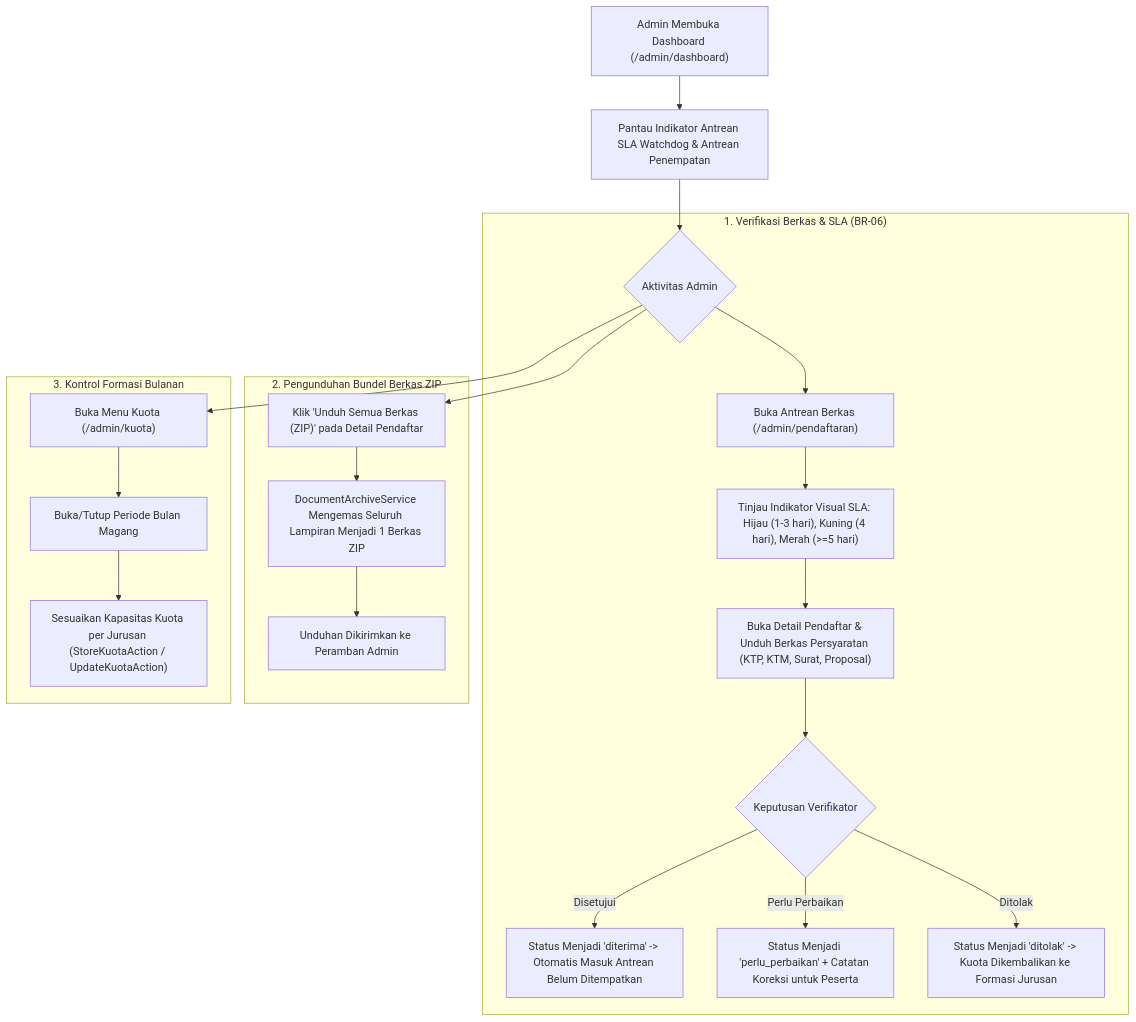
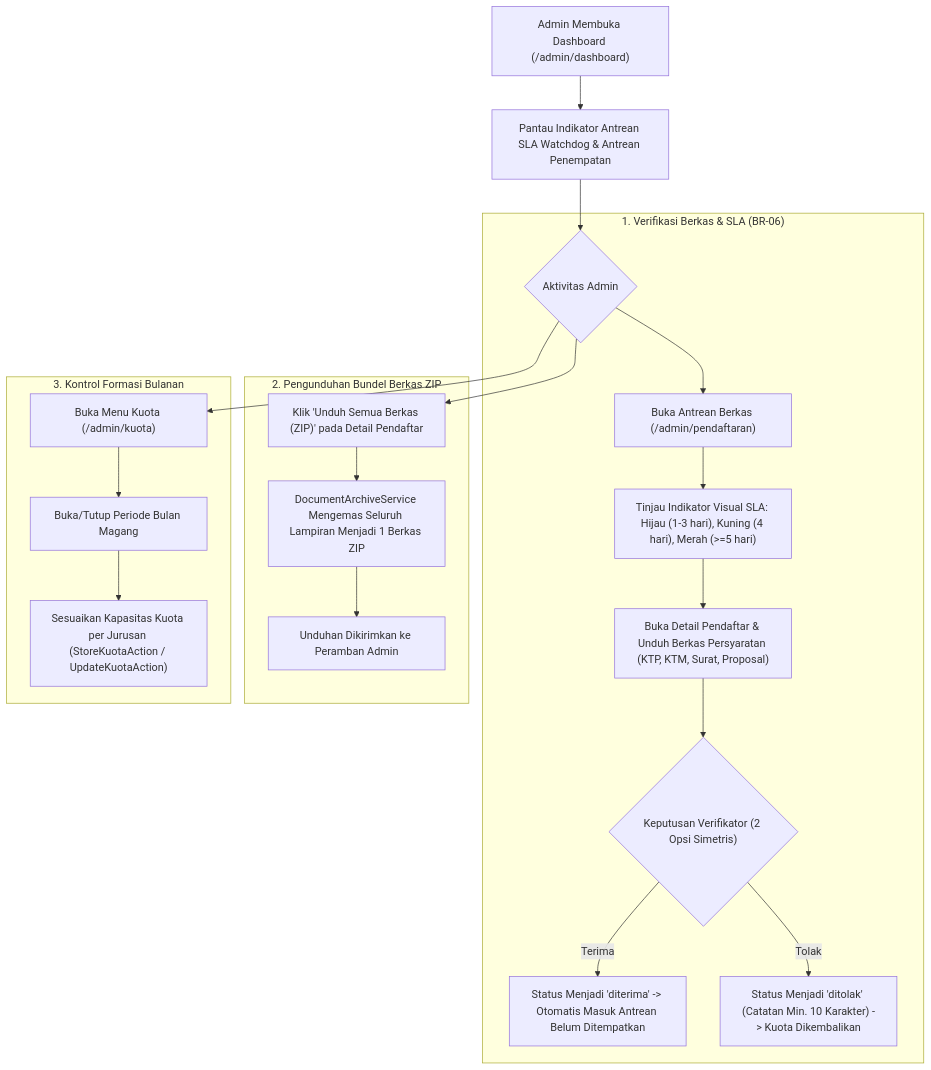
The diagram in docs/features/administration.md (EvilAekt/MAGKOM), drawn with Mermaid before and after one commit. The commit also changed other lines of this file and 26 other files, not shown here.

First line of the commit message:
feat(admin-verifikasi): streamline decision flow, floating notes panel, and sync tugas & docs

````diff
--- a/docs/features/administration.md
+++ b/docs/features/administration.md
@@ -35,28 +35,27 @@
 ```mermaid
 flowchart TD
     A["Admin Membuka Dashboard (/admin/dashboard)"] --> B["Pantau Indikator Antrean SLA Watchdog & Antrean Penempatan"]
     
     B --> C{"Aktivitas Admin"}
 
     subgraph VerifikasiBerkas ["1. Verifikasi Berkas & SLA (BR-06)"]
         C --> D["Buka Antrean Berkas (/admin/pendaftaran)"]
         D --> E["Tinjau Indikator Visual SLA: Hijau (1-3 hari), Kuning (4 hari), Merah (>=5 hari)"]
         E --> F["Buka Detail Pendaftar & Unduh Berkas Persyaratan (KTP, KTM, Surat, Proposal)"]
-        F --> G{"Keputusan Verifikator"}
-        G -- "Disetujui" --> H["Status Menjadi 'diterima' -> Otomatis Masuk Antrean Belum Ditempatkan"]
-        G -- "Perlu Perbaikan" --> I["Status Menjadi 'perlu_perbaikan' + Catatan Koreksi untuk Peserta"]
-        G -- "Ditolak" --> J["Status Menjadi 'ditolak' -> Kuota Dikembalikan ke Formasi Jurusan"]
+        F --> G{"Keputusan Verifikator (2 Opsi Simetris)"}
+        G -- "Terima" --> H["Status Menjadi 'diterima' -> Otomatis Masuk Antrean Belum Ditempatkan"]
+        G -- "Tolak" --> J["Status Menjadi 'ditolak' (Catatan Min. 10 Karakter) -> Kuota Dikembalikan"]
     end
 
     subgraph ArsipZip ["2. Pengunduhan Bundel Berkas ZIP"]
         C --> K["Klik 'Unduh Semua Berkas (ZIP)' pada Detail Pendaftar"]
         K --> L["DocumentArchiveService Mengemas Seluruh Lampiran Menjadi 1 Berkas ZIP"]
         L --> M["Unduhan Dikirimkan ke Peramban Admin"]
     end
 
     subgraph KelolaKuota ["3. Kontrol Formasi Bulanan"]
         C --> N["Buka Menu Kuota (/admin/kuota)"]
         N --> O["Buka/Tutup Periode Bulan Magang"]
         O --> P["Sesuaikan Kapasitas Kuota per Jurusan (StoreKuotaAction / UpdateKuotaAction)"]
     end
 ```
````
